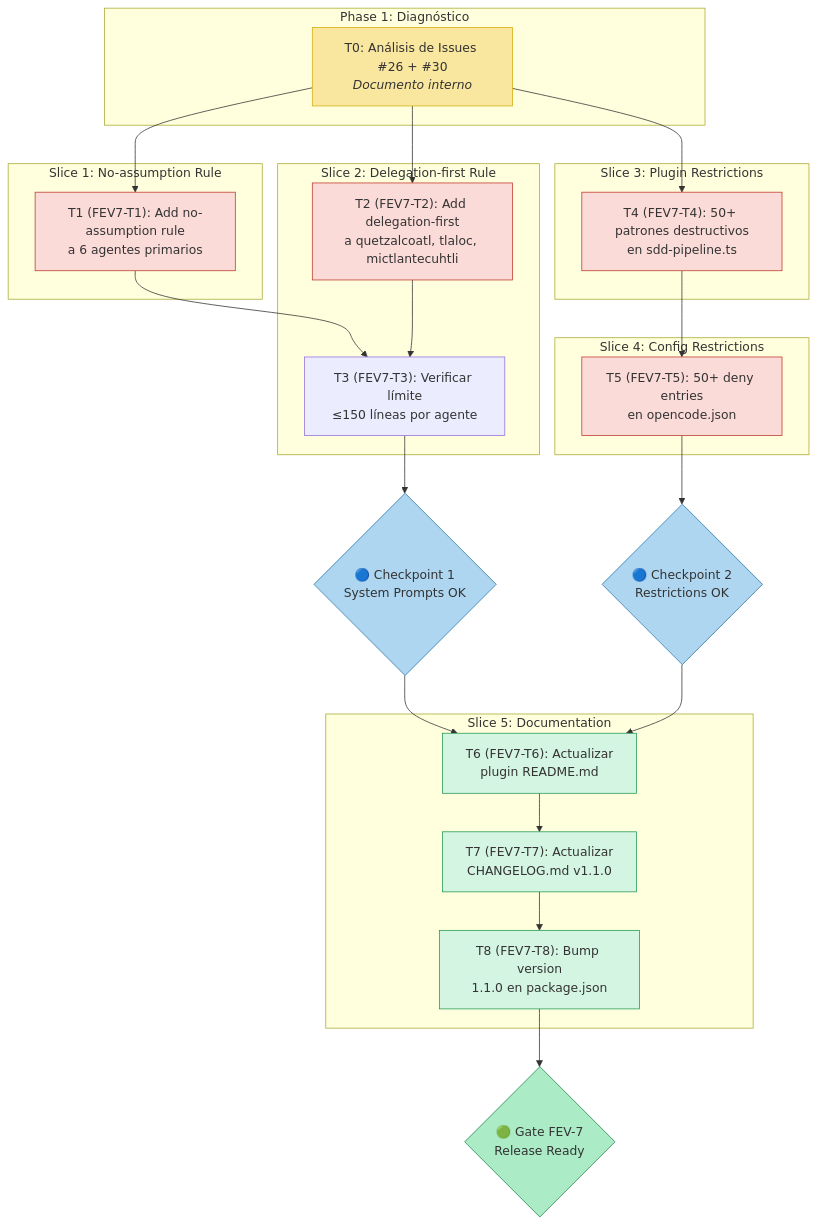
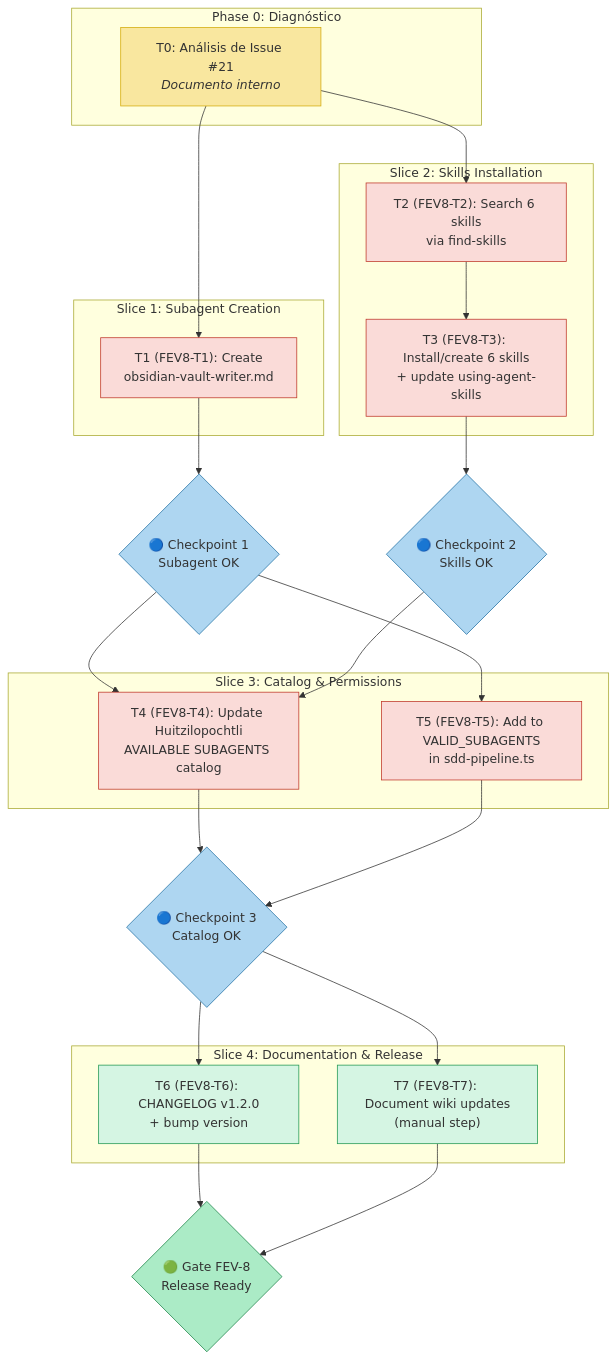
Before and after one commit to Fisherk2/codice-opencode: the diagram in tasks/plan.md, drawn with Mermaid. The commit also changed other lines of this file and 1 other file, not shown here.

First line of the commit message:
docs(tasks): update FEV-8 execution plan with user corrections

````diff
--- a/tasks/plan.md
+++ b/tasks/plan.md
@@ -44,55 +54,53 @@
 ```mermaid
 graph TD
-    subgraph "Phase 1: Diagnóstico"
-        T0["T0: Análisis de Issues #26 + #30<br/><i>Documento interno</i>"]
+    subgraph "Phase 0: Diagnóstico"
+        T0["T0: Análisis de Issue #21<br/><i>Documento interno</i>"]
     end
 
-    subgraph "Slice 1: No-assumption Rule"
-        T1["T1 (FEV7-T1): Add no-assumption rule<br/>a 6 agentes primarios"]
+    subgraph "Slice 1: Subagent Creation"
+        T1["T1 (FEV8-T1): Create<br/>obsidian-vault-writer.md"]
     end
 
-    subgraph "Slice 2: Delegation-first Rule"
-        T2["T2 (FEV7-T2): Add delegation-first<br/>a quetzalcoatl, tlaloc, mictlantecuhtli"]
-        T3["T3 (FEV7-T3): Verificar límite<br/>≤150 líneas por agente"]
+    subgraph "Slice 2: Skills Installation"
+        T2["T2 (FEV8-T2): Search 6 skills<br/>via find-skills"]
+        T3["T3 (FEV8-T3): Install/create 6 skills<br/>+ update using-agent-skills"]
     end
 
-    subgraph "Slice 3: Plugin Restrictions"
-        T4["T4 (FEV7-T4): 50+ patrones destructivos<br/>en sdd-pipeline.ts"]
+    subgraph "Slice 3: Catalog & Permissions"
+        T4["T4 (FEV8-T4): Update Huitzilopochtli<br/>AVAILABLE SUBAGENTS catalog"]
+        T5["T5 (FEV8-T5): Add to VALID_SUBAGENTS<br/>in sdd-pipeline.ts"]
     end
 
-    subgraph "Slice 4: Config Restrictions"
-        T5["T5 (FEV7-T5): 50+ deny entries<br/>en opencode.json"]
-    end
-
-    subgraph "Slice 5: Documentation"
-        T6["T6 (FEV7-T6): Actualizar<br/>plugin README.md"]
-        T7["T7 (FEV7-T7): Actualizar<br/>CHANGELOG.md v1.1.0"]
-        T8["T8 (FEV7-T8): Bump version<br/>1.1.0 en package.json"]
+    subgraph "Slice 4: Documentation & Release"
+        T6["T6 (FEV8-T6): CHANGELOG v1.2.0<br/>+ bump version"]
+        T7["T7 (FEV8-T7): Document wiki updates<br/>(manual step)"]
     end
 
     T0 --> T1
     T0 --> T2
-    T0 --> T4
-    T1 --> T3
+    T1 --> C1{🔵 Checkpoint 1<br/>Subagent OK}
     T2 --> T3
-    T4 --> T5
-    T3 --> C1{🔵 Checkpoint 1<br/>System Prompts OK}
-    T5 --> C2{🔵 Checkpoint 2<br/>Restrictions OK}
-    C1 --> T6
-    C2 --> T6
-    T6 --> T7
-    T7 --> T8
-    T8 --> C3{🟢 Gate FEV-7<br/>Release Ready}
+    T3 --> C2{🔵 Checkpoint 2<br/>Skills OK}
+    C1 --> T4
+    C1 --> T5
+    C2 --> T4
+    T4 --> C3{🔵 Checkpoint 3<br/>Catalog OK}
+    T5 --> C3
+    C3 --> T6
+    C3 --> T7
+    T6 --> G{🟢 Gate FEV-8<br/>Release Ready}
+    T7 --> G
 
     style T0 fill:#f9e79f,stroke:#d4ac0d
-    style C1 fill:#aed6f1,stroke:#2874a6
-    style C2 fill:#aed6f1,stroke:#2874a6
-    style C3 fill:#abebc6,stroke:#1e8449
     style T1 fill:#fadbd8,stroke:#c0392b
     style T2 fill:#fadbd8,stroke:#c0392b
+    style T3 fill:#fadbd8,stroke:#c0392b
     style T4 fill:#fadbd8,stroke:#c0392b
     style T5 fill:#fadbd8,stroke:#c0392b
     style T6 fill:#d5f5e3,stroke:#229954
     style T7 fill:#d5f5e3,stroke:#229954
-    style T8 fill:#d5f5e3,stroke:#229954
+    style C1 fill:#aed6f1,stroke:#2874a6
+    style C2 fill:#aed6f1,stroke:#2874a6
+    style C3 fill:#aed6f1,stroke:#2874a6
+    style G fill:#abebc6,stroke:#1e8449
 ```
````
